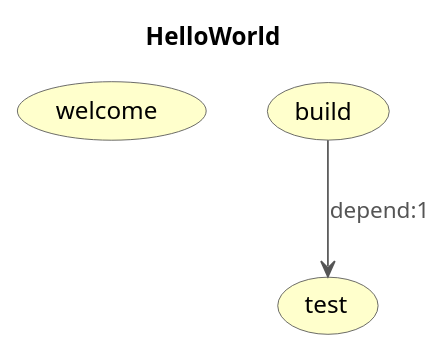
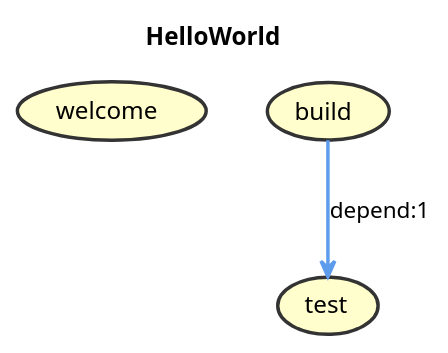
One commit to jawira/phing-visualizer changed the diagram in resources/puml/gist-kbariotis.puml. Above: the diagram before and after it, drawn with PlantUML. The commit also changed 19 other files, not shown here.

```diff
--- a/resources/puml/gist-kbariotis.puml
+++ b/resources/puml/gist-kbariotis.puml
@@ -1,23 +1,18 @@
 @startuml
 
 title HelloWorld
-hide stereotype
-skinparam Arrow {
-Color #555555
-FontColor #555555
-}
-skinparam UseCase {
-BackgroundColor #FFFFCC
-BorderColor #555555
-}
+skinparam ArrowFontColor Black
+skinparam ArrowThickness 2
+skinparam UseCaseBackgroundColor #FFFECC
+skinparam UseCaseBorderColor #333333
+skinparam UseCaseBorderThickness 2
+skinparam UseCaseFontColor Black
 
-skinparam UseCase {
-BackgroundColor<< HelloWorld >> #FFFFCC
-}
-(welcome)<< HelloWorld >>
-(test)<< HelloWorld >>
-(build)<< HelloWorld >>
+(welcome)
+(test)
+(build)
 
 
-(build) --> (test) : depend:1
+(build) -[#5D9CEC]-> (test) : depend:1
+
 @enduml
```
